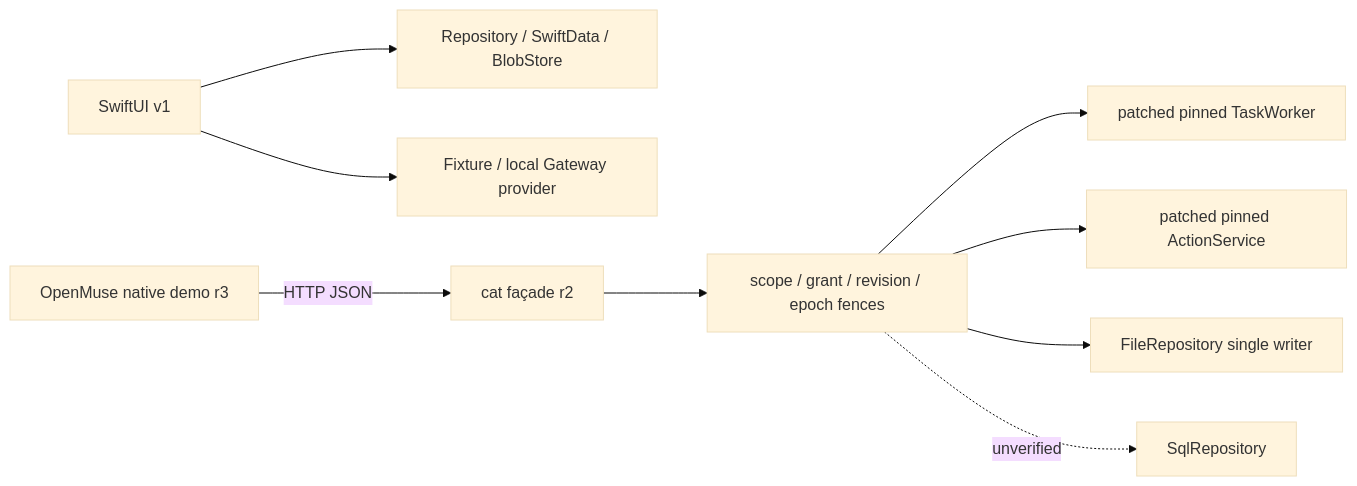
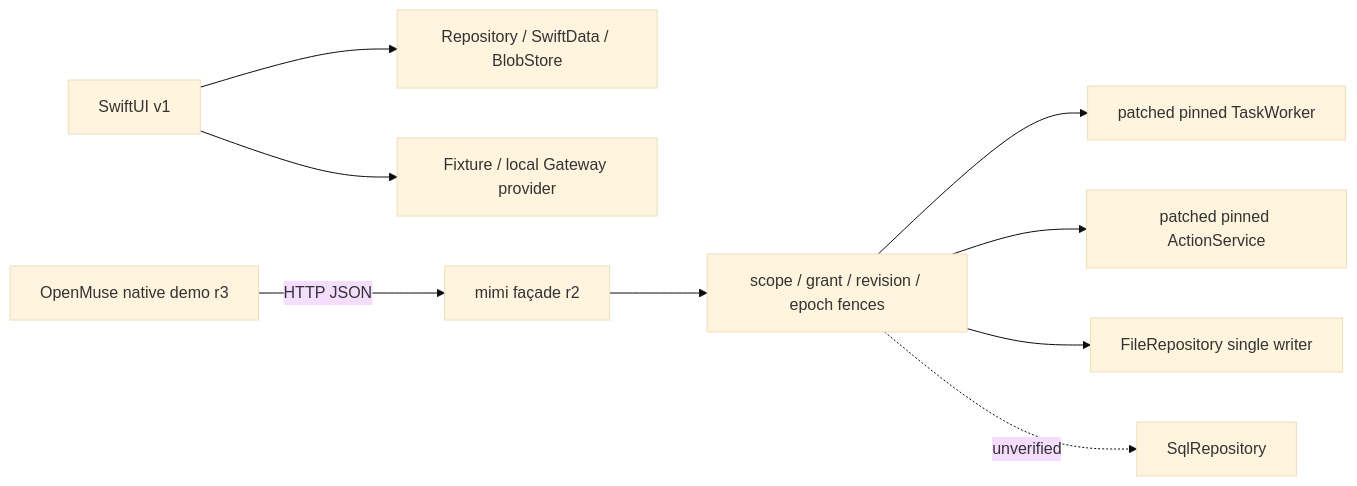
One commit to Yankj/cat-m changed the diagram in docs/architecture/README.md. Above: the diagram before and after it, drawn with Mermaid (base theme). The commit also changed other lines of this file and 81 other files, not shown here.

Commit message:
docs: rename cat to mimi / 小咪 and repo links to Yankj/mimi

````diff
--- a/docs/architecture/README.md
+++ b/docs/architecture/README.md
@@ -19,11 +19,11 @@
 ```mermaid
 flowchart LR
   UI[SwiftUI v1] --> Repo[Repository / SwiftData / BlobStore]
   UI --> Provider[Fixture / local Gateway provider]
-  Demo[OpenMuse native demo r3] -->|HTTP JSON| Facade[cat façade r2]
+  Demo[OpenMuse native demo r3] -->|HTTP JSON| Facade[mimi façade r2]
   Facade --> Fence[scope / grant / revision / epoch fences]
   Fence --> Worker[patched pinned TaskWorker]
   Fence --> Action[patched pinned ActionService]
   Fence --> Store[FileRepository single writer]
   Fence -. unverified .-> SQL[SqlRepository]
 ```
````
